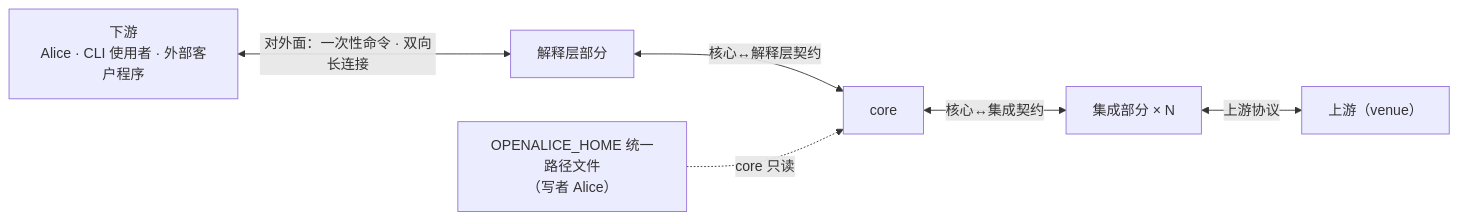
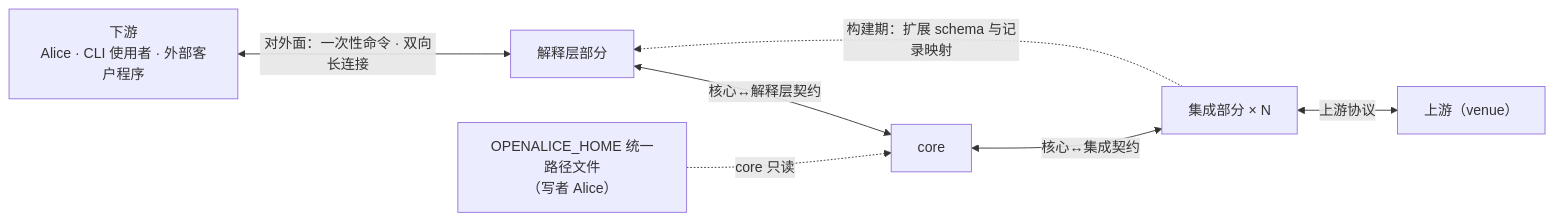
The third of 3 diagrams in design/README.md (mouriya-s-lab/uta), drawn with Mermaid before and after one commit. The commit also changed other lines of this file and 9 other files, not shown here.

````diff
--- a/design/README.md
+++ b/design/README.md
@@ -528,14 +528,15 @@
 ```mermaid
 flowchart LR
   DOWN["下游<br/>Alice · CLI 使用者 · 外部客户程序"]
   IL["解释层部分"]
   CORE["core"]
   INT["集成部分 × N"]
   VENUE["上游（venue）"]
   FILES["OPENALICE_HOME 统一路径文件<br/>（写者 Alice）"]
   DOWN <-->|"对外面：一次性命令 · 双向长连接"| IL
   IL <-->|"核心↔解释层契约"| CORE
   CORE <-->|"核心↔集成契约"| INT
   INT <-->|"上游协议"| VENUE
+  INT -.->|"构建期：扩展 schema 与记录映射"| IL
   FILES -.->|"core 只读"| CORE
 ```
````
